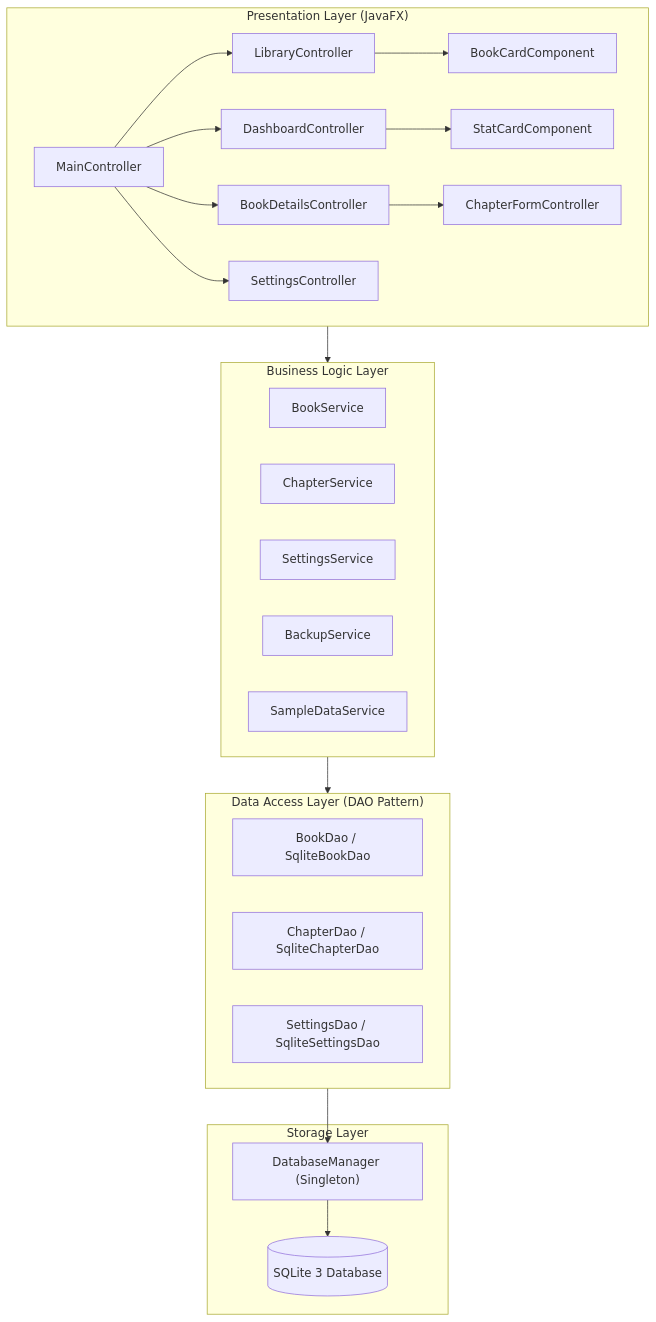
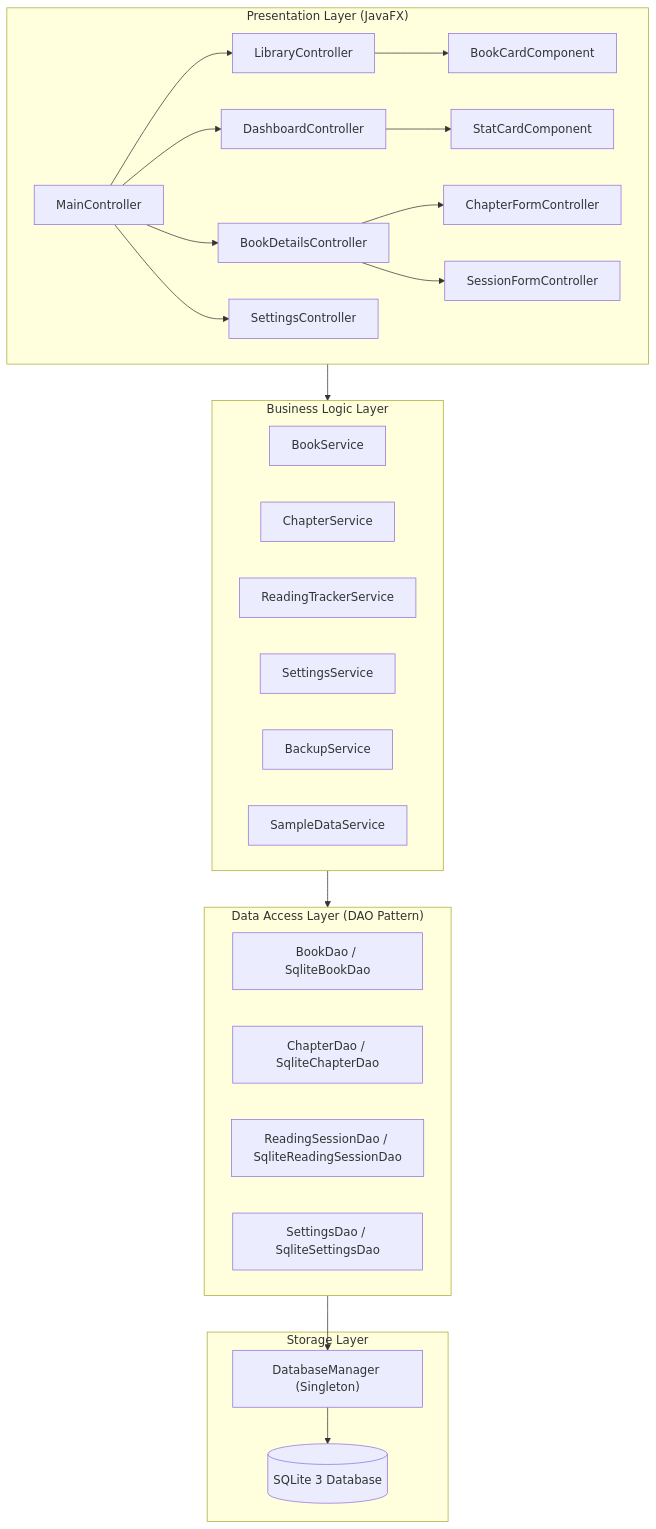
One commit to LordJalalMahmoud/LibraryManagerGUI changed the diagram in README.md. Above: the diagram before and after it, drawn with Mermaid. The commit also changed other lines of this file and 21 other files, not shown here.

Commit message:
feat: implement v1.2 reading tracker (sessions, streaks, daily avg & goals)

````diff
--- a/README.md
+++ b/README.md
@@ -97,36 +104,39 @@
 ```mermaid
 graph TD
     subgraph UI ["Presentation Layer (JavaFX)"]
         MC["MainController"] --> DC["DashboardController"]
         MC --> LC["LibraryController"]
         MC --> BDC["BookDetailsController"]
         MC --> SC["SettingsController"]
         LC --> BCC["BookCardComponent"]
         DC --> SCC["StatCardComponent"]
         BDC --> CFC["ChapterFormController"]
+        BDC --> SFC["SessionFormController"]
     end
 
     subgraph Service ["Business Logic Layer"]
         BS["BookService"]
         CS["ChapterService"]
+        RTS["ReadingTrackerService"]
         SS["SettingsService"]
         BK["BackupService"]
         SD["SampleDataService"]
     end
 
     subgraph DAO ["Data Access Layer (DAO Pattern)"]
         BD["BookDao / SqliteBookDao"]
         CD["ChapterDao / SqliteChapterDao"]
+        RSD["ReadingSessionDao / SqliteReadingSessionDao"]
         SDO["SettingsDao / SqliteSettingsDao"]
     end
 
     subgraph DB ["Storage Layer"]
         DM["DatabaseManager (Singleton)"]
         SQL[("SQLite 3 Database")]
     end
 
     UI --> Service
     Service --> DAO
     DAO --> DM
     DM --> SQL
 ```
````
